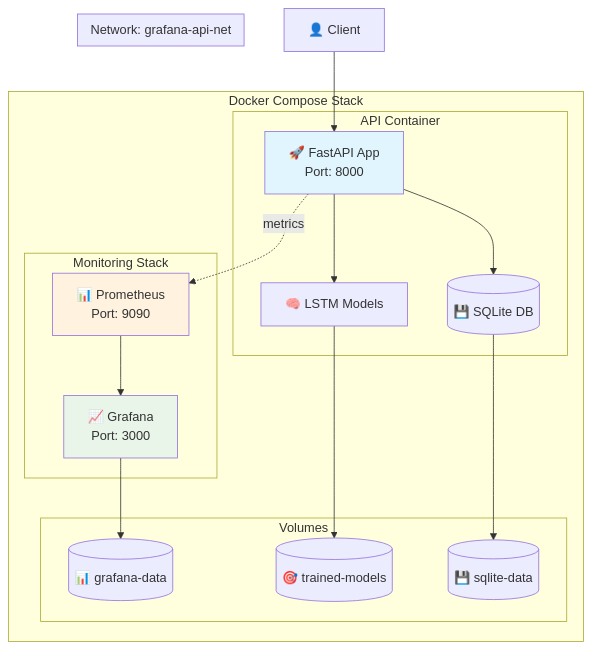
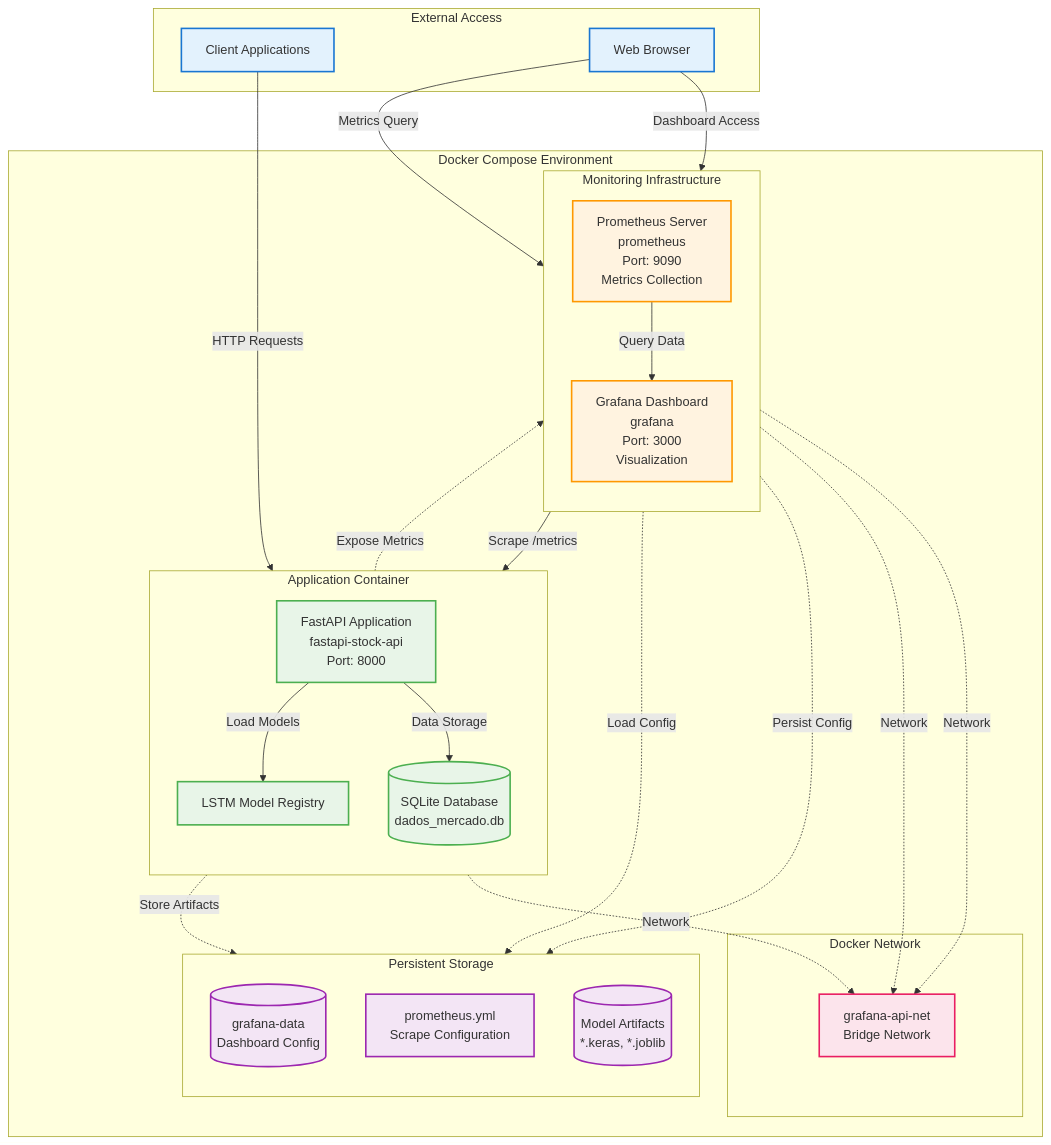
Before and after one commit to PauloGuedes2/tech4: the third of 6 diagrams in README.md, drawn with Mermaid. The commit also changed other lines of this file, not shown here.

````diff
--- a/README.md
+++ b/README.md
@@ -274,41 +316,64 @@
-```mermaid 
+```mermaid
 graph TB
-    subgraph "Docker Compose Stack"
-        subgraph "API Container"
-            FastAPI[🚀 FastAPI App<br/>Port: 8000]
-            Models[🧠 LSTM Models]
-            SQLite[(💾 SQLite DB)]
+    subgraph "External Access"
+        Client[Client Applications]
+        Browser[Web Browser]
+    end
+    
+    subgraph "Docker Compose Environment"
+        subgraph "Application Container"
+            direction TB
+            FastAPI[FastAPI Application<br/>fastapi-stock-api<br/>Port: 8000]
+            ModelRegistry[LSTM Model Registry]
+            SQLiteDB[(SQLite Database<br/>dados_mercado.db)]
         end
         
-        subgraph "Monitoring Stack"
-            Prometheus[📊 Prometheus<br/>Port: 9090]
-            Grafana[📈 Grafana<br/>Port: 3000]
+        subgraph "Monitoring Infrastructure"
+            direction TB
+            Prometheus[Prometheus Server<br/>prometheus<br/>Port: 9090<br/>Metrics Collection]
+            Grafana[Grafana Dashboard<br/>grafana<br/>Port: 3000<br/>Visualization]
         end
         
-        subgraph "Volumes"
-            GrafanaData[(📊 grafana-data)]
-            ModelsVol[(🎯 trained-models)]
-            DBVol[(💾 sqlite-data)]
+        subgraph "Persistent Storage"
+            direction TB
+            GrafanaVolume[(grafana-data<br/>Dashboard Config)]
+            PrometheusConfig[prometheus.yml<br/>Scrape Configuration]
+            ModelsVolume[(Model Artifacts<br/>*.keras, *.joblib)]
+        end
+        
+        subgraph "Docker Network"
+            NetworkBridge[grafana-api-net<br/>Bridge Network]
         end
     end
     
-    Client[👤 Client] --> FastAPI
-    FastAPI --> Models
-    FastAPI --> SQLite
-    FastAPI -.->|metrics| Prometheus
-    Prometheus --> Grafana
+    Client -->|HTTP Requests| FastAPI
+    Browser -->|Dashboard Access| Grafana
+    Browser -->|Metrics Query| Prometheus
     
-    Grafana --> GrafanaData
-    Models --> ModelsVol
-    SQLite --> DBVol
+    FastAPI -->|Load Models| ModelRegistry
+    FastAPI -->|Data Storage| SQLiteDB
+    FastAPI -.->|Expose Metrics| Prometheus
     
-    subgraph "Network: grafana-api-net"
-        FastAPI
-        Prometheus
-        Grafana
-    end
+    Prometheus -->|Scrape /metrics| FastAPI
+    Prometheus -->|Query Data| Grafana
     
-    style FastAPI fill:#e1f5fe
-    style Prometheus fill:#fff3e0
-    style Grafana fill:#e8f5e8
+    Grafana -.->|Persist Config| GrafanaVolume
+    Prometheus -.->|Load Config| PrometheusConfig
+    ModelRegistry -.->|Store Artifacts| ModelsVolume
+    
+    FastAPI -.->|Network| NetworkBridge
+    Prometheus -.->|Network| NetworkBridge
+    Grafana -.->|Network| NetworkBridge
+    
+    classDef clientNodes fill:#e3f2fd,stroke:#1976d2,stroke-width:2px
+    classDef appNodes fill:#e8f5e8,stroke:#4caf50,stroke-width:2px
+    classDef monitorNodes fill:#fff3e0,stroke:#ff9800,stroke-width:2px
+    classDef storageNodes fill:#f3e5f5,stroke:#9c27b0,stroke-width:2px
+    classDef networkNodes fill:#fce4ec,stroke:#e91e63,stroke-width:2px
+    
+    class Client,Browser clientNodes
+    class FastAPI,ModelRegistry,SQLiteDB appNodes
+    class Prometheus,Grafana monitorNodes
+    class GrafanaVolume,PrometheusConfig,ModelsVolume storageNodes
+    class NetworkBridge networkNodes
 ```
````
